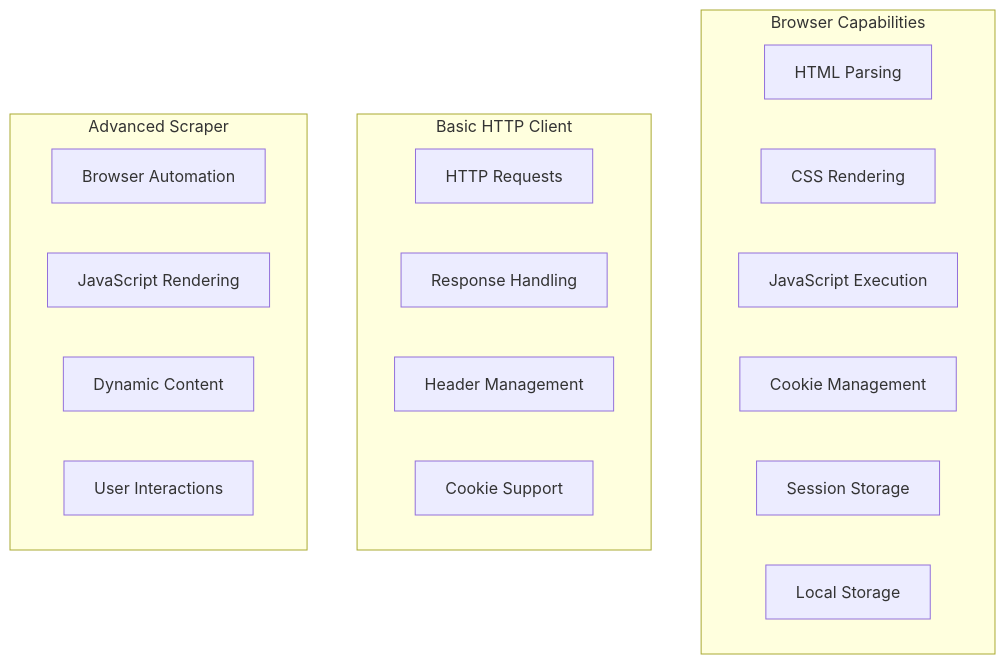
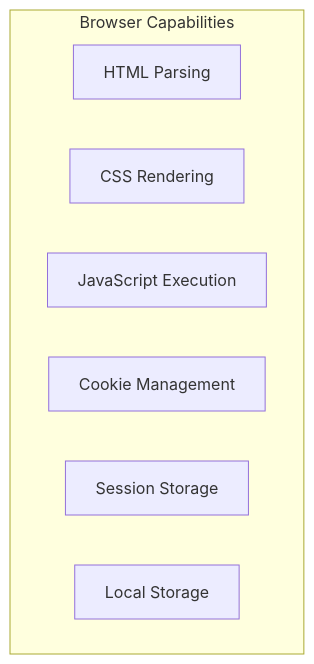
The third of 5 diagrams in _posts/2025-04-28-client-server-basics-foundation-web-scraping.md (bytetunnels/bytetunnels.github.com), drawn with Mermaid before and after one commit. The commit also changed other lines of this file and 118 other files, not shown here.

Commit message:
feat: improve diagram styling and compact wide flowcharts

````diff
--- a/_posts/2025-04-28-client-server-basics-foundation-web-scraping.md
+++ b/_posts/2025-04-28-client-server-basics-foundation-web-scraping.md
@@ -234,25 +234,11 @@
 ```mermaid
 graph TB
     subgraph "Browser Capabilities"
         B1[HTML Parsing]
         B2[CSS Rendering]
         B3[JavaScript Execution]
         B4[Cookie Management]
         B5[Session Storage]
         B6[Local Storage]
     end
-    
-    subgraph "Basic HTTP Client"
-        C1[HTTP Requests]
-        C2[Response Handling]
-        C3[Header Management]
-        C4[Cookie Support]
-    end
-    
-    subgraph "Advanced Scraper"
-        A1[Browser Automation]
-        A2[JavaScript Rendering]
-        A3[Dynamic Content]
-        A4[User Interactions]
-    end
 ```
````
